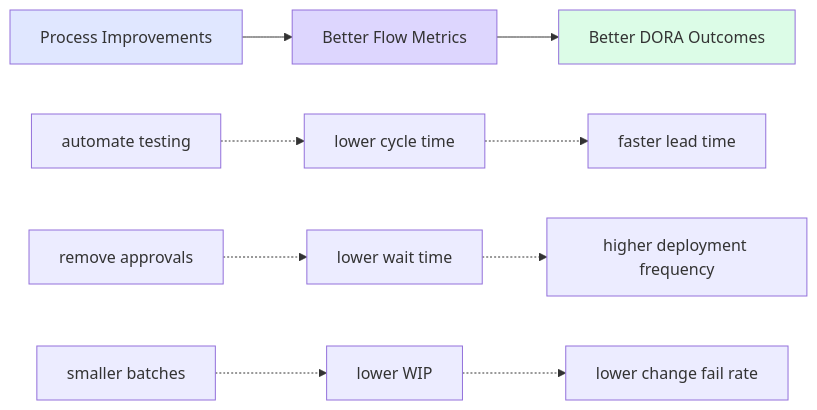
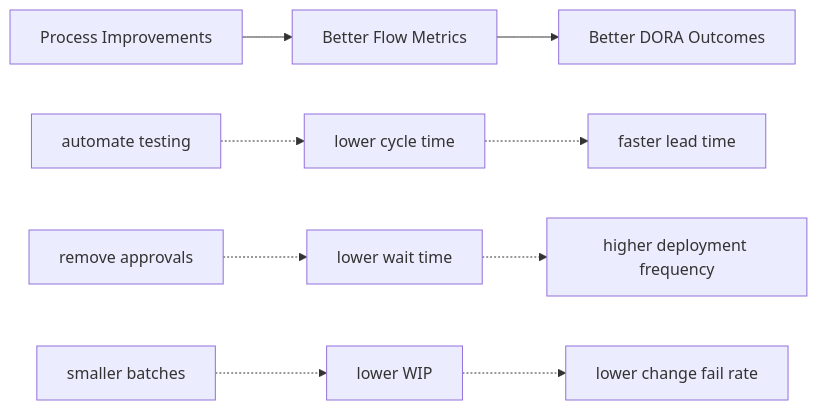
The diagram in docs/explanation/everything-as-code/measuring-and-improving-flow.md (ready-to-release/eac), drawn with Mermaid before and after one commit. The commit also changed 28 other files, not shown here.

````diff
--- a/docs/explanation/everything-as-code/measuring-and-improving-flow.md
+++ b/docs/explanation/everything-as-code/measuring-and-improving-flow.md
@@ -136,12 +136,9 @@
 ```mermaid
 flowchart LR
     A[Process Improvements] --> B[Better Flow Metrics] --> C[Better DORA Outcomes]
 
     A1[automate testing] -.-> B1[lower cycle time] -.-> C1[faster lead time]
     A2[remove approvals] -.-> B2[lower wait time] -.-> C2[higher deployment frequency]
     A3[smaller batches] -.-> B3[lower WIP] -.-> C3[lower change fail rate]
 
-    style A fill:#e0e7ff
-    style B fill:#ddd6fe
-    style C fill:#dcfce7
 ```
````
